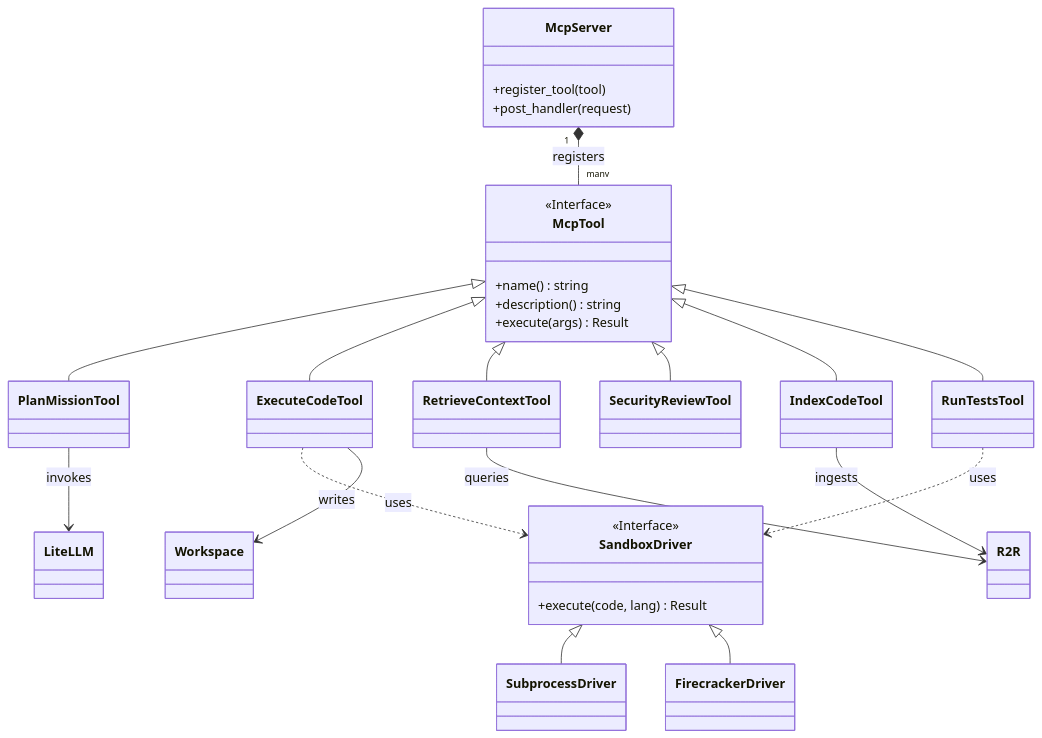
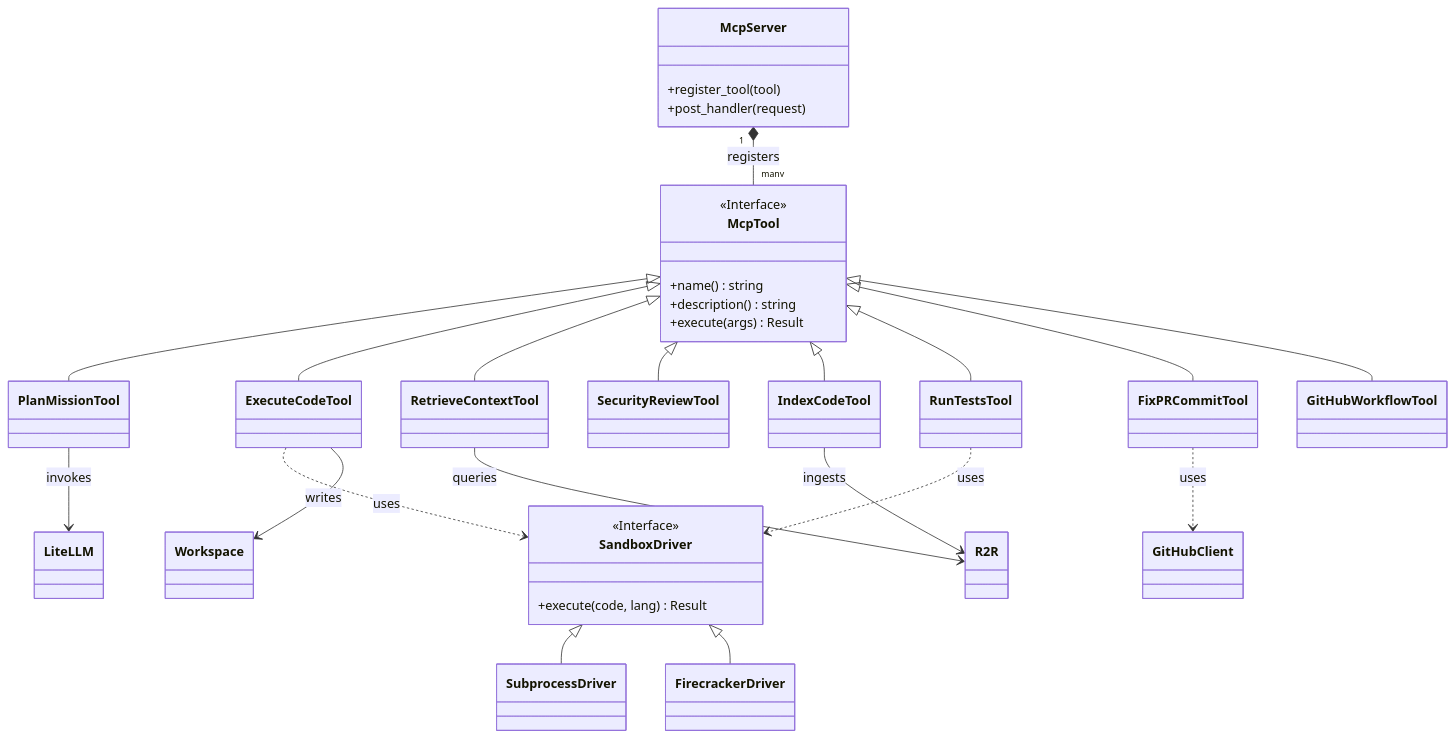
Before and after one commit to lgcorzo/rust_CACD_autonomous_factory: the second of 2 diagrams in wiki/architecture.md, drawn with Mermaid. The commit also changed other lines of this file and 4 other files, not shown here.

Commit message:
docs: align wiki with MLOps 2026 and DDD for GitHub Runner Agent

````diff
--- a/wiki/architecture.md
+++ b/wiki/architecture.md
@@ -74,35 +82,38 @@
 ```mermaid
 classDiagram
     McpServer "1" *-- "many" McpTool : registers
     class McpServer {
         +register_tool(tool)
         +post_handler(request)
     }
     class McpTool {
         <<Interface>>
         +name() string
         +description() string
         +execute(args) Result
     }
     McpTool <|-- PlanMissionTool
     McpTool <|-- ExecuteCodeTool
     McpTool <|-- RetrieveContextTool
     McpTool <|-- SecurityReviewTool
     McpTool <|-- IndexCodeTool
     McpTool <|-- RunTestsTool
+    McpTool <|-- FixPRCommitTool
+    McpTool <|-- GitHubWorkflowTool
 
     ExecuteCodeTool ..> SandboxDriver : uses
     RunTestsTool ..> SandboxDriver : uses
+    FixPRCommitTool ..> GitHubClient : uses
     
     class SandboxDriver {
         <<Interface>>
         +execute(code, lang) Result
     }
     SandboxDriver <|-- SubprocessDriver
     SandboxDriver <|-- FirecrackerDriver
 
     PlanMissionTool --> LiteLLM : invokes
     RetrieveContextTool --> R2R : queries
     IndexCodeTool --> R2R : ingests
     ExecuteCodeTool --> Workspace : writes
 ```
````
